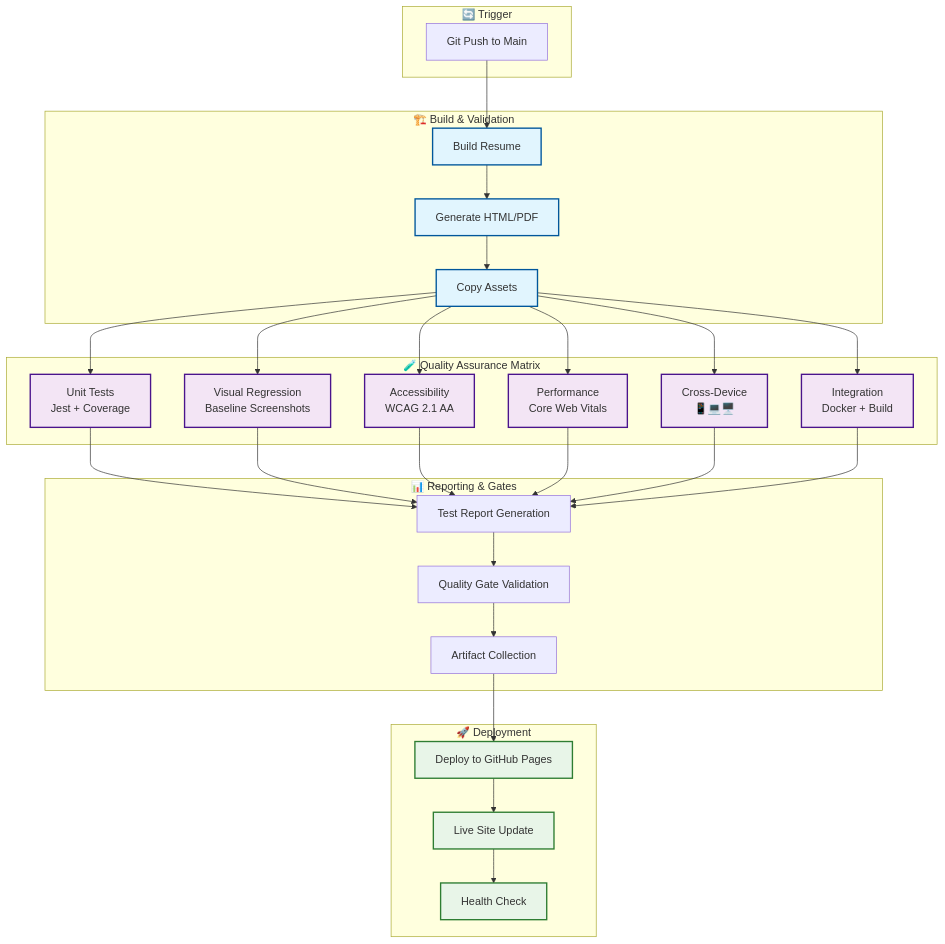
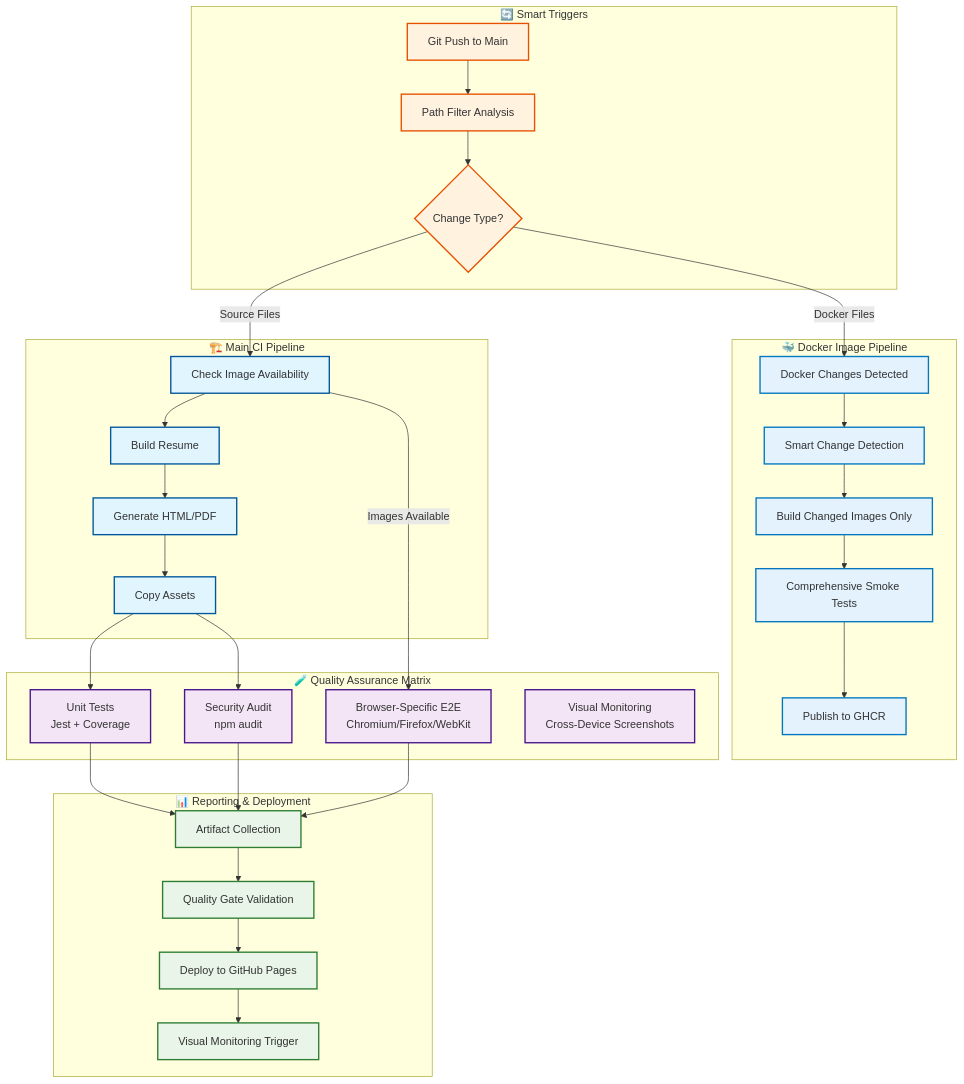
The diagram in README.md (rafilkmp3/resume-as-code), drawn with Mermaid before and after one commit. The commit also changed other lines of this file, not shown here.

Commit message:
docs: update README with new intelligent CI/CD architecture
- Add comprehensive documentation for new workflow architecture
- Document path-based intelligent triggers and benefits
- Update Docker workflow section with new commands
- Add detailed quality gates and architecture benefits
- Include mermaid diagram for visual workflow representation

Key highlights:
- 70% faster CI execution with smart image building
- Browser-specific containers (300-500MB vs 1.6GB)
- Comprehensive smoke tests and quality assurance
- Intelligent path filters for efficient triggering

🤖 Generated with [Claude Code](https://claude.ai/code)

````diff
--- a/README.md
+++ b/README.md
@@ -310,64 +328,74 @@
 ```mermaid
 graph TB
-    subgraph "🔄 Trigger"
+    subgraph "🔄 Smart Triggers"
         A[Git Push to Main]
+        A1[Path Filter Analysis]
+        A2{Change Type?}
     end
     
-    subgraph "🏗️ Build & Validation"
-        B[Build Resume]
-        C[Generate HTML/PDF]
-        D[Copy Assets]
+    subgraph "🐳 Docker Image Pipeline"
+        D1[Docker Changes Detected]
+        D2[Smart Change Detection]
+        D3[Build Changed Images Only]
+        D4[Comprehensive Smoke Tests]
+        D5[Publish to GHCR]
+    end
+    
+    subgraph "🏗️ Main CI Pipeline"
+        B[Check Image Availability]
+        C[Build Resume]
+        C1[Generate HTML/PDF]
+        C2[Copy Assets]
     end
     
     subgraph "🧪 Quality Assurance Matrix"
         E[Unit Tests<br/>Jest + Coverage]
-        F[Visual Regression<br/>Baseline Screenshots]
-        G[Accessibility<br/>WCAG 2.1 AA]
-        H[Performance<br/>Core Web Vitals]
-        I[Cross-Device<br/>📱💻🖥️]
-        J[Integration<br/>Docker + Build]
+        F[Security Audit<br/>npm audit]
+        G[Browser-Specific E2E<br/>Chromium/Firefox/WebKit]
+        H[Visual Monitoring<br/>Cross-Device Screenshots]
     end
     
-    subgraph "📊 Reporting & Gates"
-        K[Test Report Generation]
-        L[Quality Gate Validation]
-        M[Artifact Collection]
+    subgraph "📊 Reporting & Deployment"
+        I[Artifact Collection]
+        J[Quality Gate Validation]
+        K[Deploy to GitHub Pages]
+        L[Visual Monitoring Trigger]
     end
     
-    subgraph "🚀 Deployment"
-        N[Deploy to GitHub Pages]
-        O[Live Site Update]
-        P[Health Check]
-    end
+    A --> A1
+    A1 --> A2
+    A2 -->|Docker Files| D1
+    A2 -->|Source Files| B
     
-    A --> B
+    D1 --> D2
+    D2 --> D3
+    D3 --> D4
+    D4 --> D5
+    
     B --> C
-    C --> D
-    D --> E
-    D --> F
-    D --> G
-    D --> H
-    D --> I
-    D --> J
+    C --> C1
+    C1 --> C2
+    C2 --> E
+    C2 --> F
     
-    E --> K
-    F --> K
-    G --> K
-    H --> K
-    I --> K
+    B -->|Images Available| G
+    E --> I
+    F --> I
+    G --> I
+    
+    I --> J
     J --> K
+    K --> L
     
-    K --> L
-    L --> M
-    M --> N
-    N --> O
-    O --> P
-    
+    classDef triggerNode fill:#fff3e0,stroke:#e65100,stroke-width:2px
+    classDef dockerNode fill:#e3f2fd,stroke:#0277bd,stroke-width:2px  
     classDef buildNode fill:#e1f5fe,stroke:#01579b,stroke-width:2px
     classDef testNode fill:#f3e5f5,stroke:#4a148c,stroke-width:2px
     classDef deployNode fill:#e8f5e8,stroke:#2e7d32,stroke-width:2px
     
-    class B,C,D buildNode
-    class E,F,G,H,I,J testNode
-    class N,O,P deployNode
+    class A,A1,A2 triggerNode
+    class D1,D2,D3,D4,D5 dockerNode
+    class B,C,C1,C2 buildNode
+    class E,F,G,H testNode
+    class I,J,K,L deployNode
 ```
````
